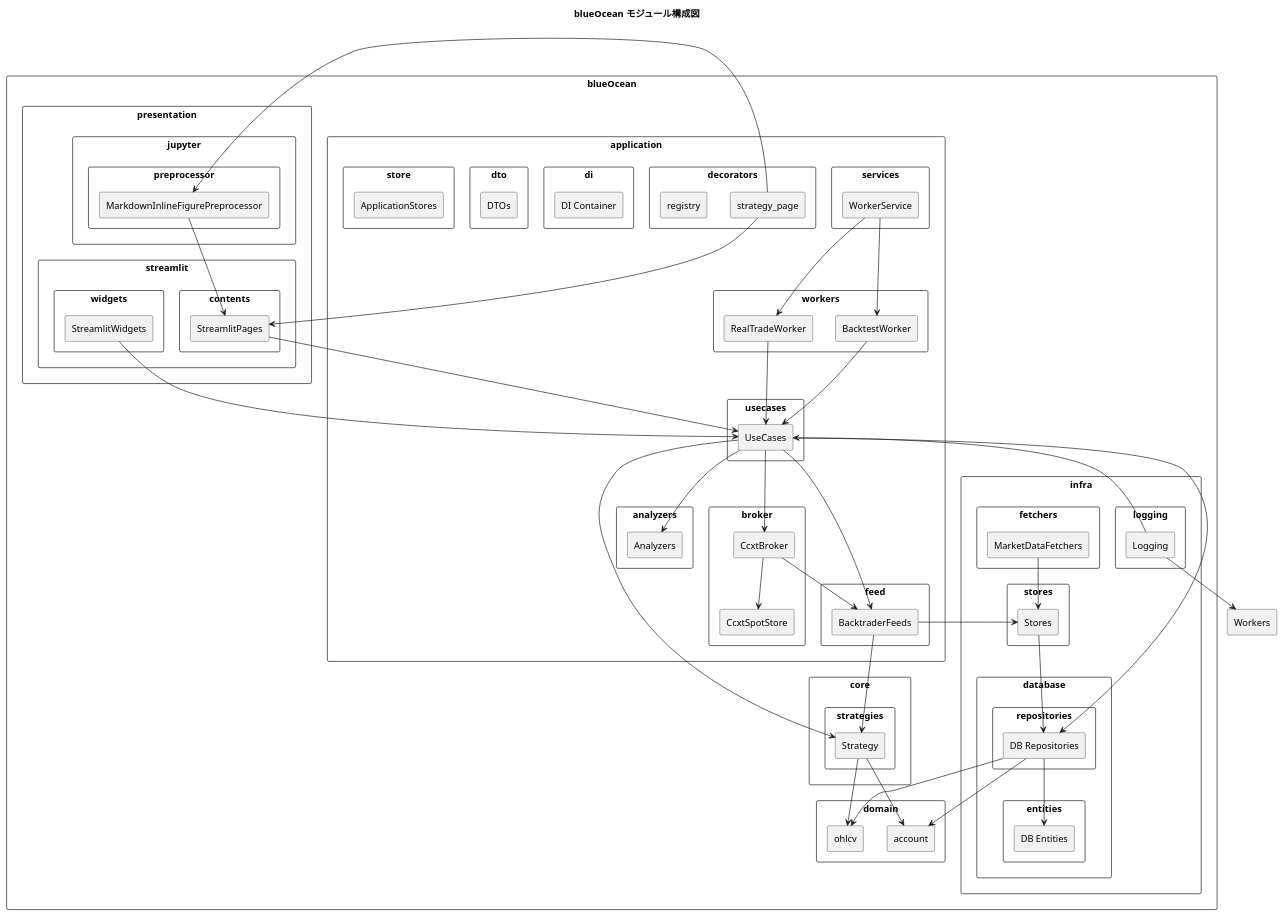
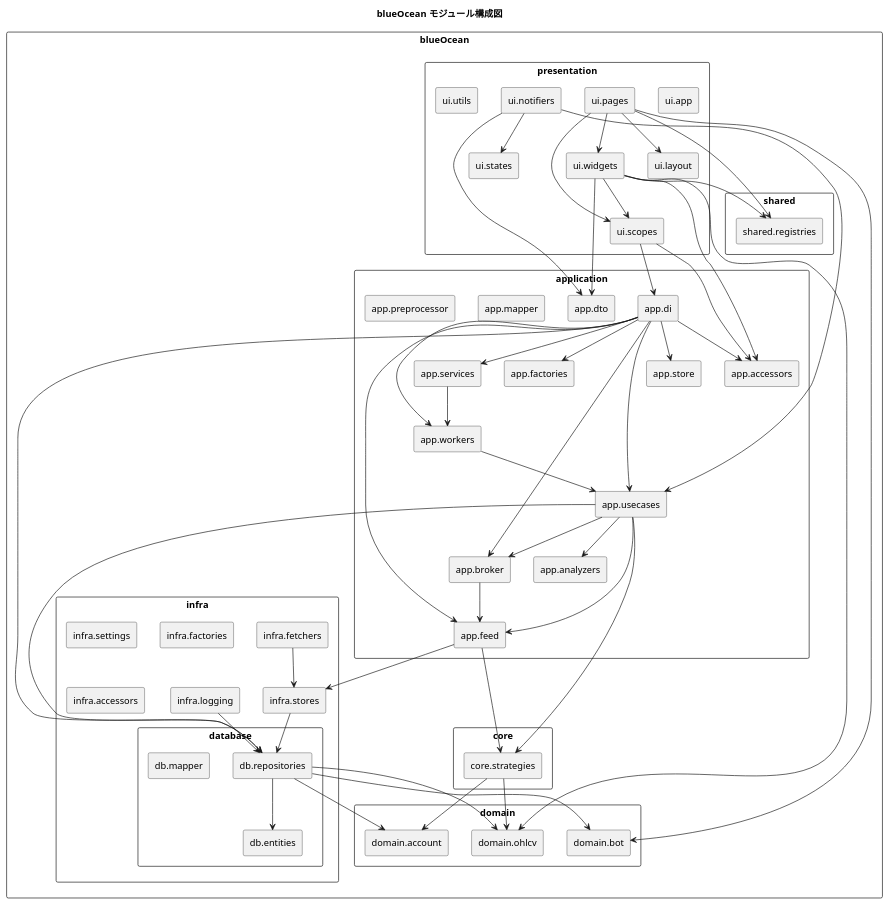
The diagram in docs/uml/modules.puml (nmskm240/blueOcean), drawn with PlantUML before and after one commit. The commit also changed 8 other files, not shown here.

```diff
--- a/docs/uml/modules.puml
+++ b/docs/uml/modules.puml
@@ -1,147 +1,124 @@
 @startuml
 title blueOcean モジュール構成図
 
 skinparam packageStyle rectangle
 skinparam componentStyle rectangle
 
 package "blueOcean" {
 
   package "domain" {
-    [account]
-    [ohlcv]
+    [domain.account]
+    [domain.ohlcv]
+    [domain.bot]
   }
 
   package "core" {
-    package "strategies" {
-      [Strategy]
-    }
+    [core.strategies]
+  }
+
+  package "shared" {
+    [shared.registries]
   }
 
   package "infra" {
     package "database" {
-      package "entities" {
-        [DB Entities]
-      }
-      package "repositories" {
-        [DB Repositories]
-      }
+      [db.entities]
+      [db.repositories]
+      [db.mapper]
     }
 
-    package "fetchers" {
-      [MarketDataFetchers]
-    }
-
-    package "logging" {
-      [Logging]
-    }
-
-    package "stores" {
-      [Stores]
-    }
+    [infra.fetchers]
+    [infra.settings]
+    [infra.logging]
+    [infra.stores]
+    [infra.factories]
+    [infra.accessors]
   }
 
   package "application" {
-    package "decorators" {
-      [strategy_page]
-      [registry]
-    }
-
-    package "services" {
-      [WorkerService]
-    }
-
-    package "analyzers" {
-      [Analyzers]
-    }
-
-    package "broker" {
-      [CcxtBroker]
-      [CcxtSpotStore]
-    }
-
-    package "di" {
-      [DI Container]
-    }
-
-    package "dto" {
-      [DTOs]
-    }
-
-    package "feed" {
-      [BacktraderFeeds]
-    }
-
-    package "store" {
-      [ApplicationStores]
-    }
-
-    package "usecases" {
-      [UseCases]
-    }
-
-    package "workers" {
-      [BacktestWorker]
-      [RealTradeWorker]
-    }
+    [app.accessors]
+    [app.analyzers]
+    [app.broker]
+    [app.di]
+    [app.dto]
+    [app.factories]
+    [app.feed]
+    [app.mapper]
+    [app.preprocessor]
+    [app.services]
+    [app.store]
+    [app.usecases]
+    [app.workers]
   }
 
   package "presentation" {
-    package "jupyter" {
-      package "preprocessor" {
-        [MarkdownInlineFigurePreprocessor]
-      }
-    }
-
-    package "streamlit" {
-      package "contents" {
-        [StreamlitPages]
-      }
-      package "widgets" {
-        [StreamlitWidgets]
-      }
-    }
+    [ui.app]
+    [ui.layout]
+    [ui.pages]
+    [ui.widgets]
+    [ui.states]
+    [ui.scopes]
+    [ui.notifiers]
+    [ui.utils]
   }
 }
 
 ' 依存関係（レイヤ間の方向） -------------------------------------------
 
-[Strategy] --> [account]
-[Strategy] --> [ohlcv]
+[core.strategies] --> [domain.account]
+[core.strategies] --> [domain.ohlcv]
 
-[DB Repositories] --> [DB Entities]
-[DB Repositories] --> [account]
-[DB Repositories] --> [ohlcv]
+[db.repositories] --> [db.entities]
+[db.repositories] --> [domain.account]
+[db.repositories] --> [domain.ohlcv]
+[db.repositories] --> [domain.bot]
 
-[MarketDataFetchers] --> [Stores]
-[Stores] --> [DB Repositories]
+[infra.fetchers] --> [infra.stores]
+[infra.stores] --> [db.repositories]
 
-[BacktraderFeeds] --> [Stores]
-[BacktraderFeeds] --> [Strategy]
+[app.feed] --> [infra.stores]
+[app.feed] --> [core.strategies]
 
-[CcxtBroker] --> [CcxtSpotStore]
-[CcxtBroker] --> [BacktraderFeeds]
+[app.broker] --> [app.feed]
 
-[UseCases] --> [Strategy]
-[UseCases] --> [DB Repositories]
-[UseCases] --> [BacktraderFeeds]
-[UseCases] --> [CcxtBroker]
-[UseCases] --> [Analyzers]
+[app.usecases] --> [core.strategies]
+[app.usecases] --> [db.repositories]
+[app.usecases] --> [app.feed]
+[app.usecases] --> [app.broker]
+[app.usecases] --> [app.analyzers]
 
-[WorkerService] --> [BacktestWorker]
-[WorkerService] --> [RealTradeWorker]
+[app.services] --> [app.workers]
+[app.workers] --> [app.usecases]
 
-[BacktestWorker] --> [UseCases]
-[RealTradeWorker] --> [UseCases]
+[app.di] --> [app.usecases]
+[app.di] --> [app.services]
+[app.di] --> [app.workers]
+[app.di] --> [app.factories]
+[app.di] --> [app.accessors]
+[app.di] --> [app.broker]
+[app.di] --> [app.feed]
+[app.di] --> [app.store]
+[app.di] --> [db.repositories]
 
-[strategy_page] --> [StreamlitPages]
-[strategy_page] --> [MarkdownInlineFigurePreprocessor]
+[ui.scopes] --> [app.di]
+[ui.scopes] --> [app.accessors]
 
-[MarkdownInlineFigurePreprocessor] --> [StreamlitPages]
+[ui.notifiers] --> [app.usecases]
+[ui.notifiers] --> [app.dto]
+[ui.notifiers] --> [ui.states]
 
-[StreamlitPages] --> [UseCases]
-[StreamlitWidgets] --> [UseCases]
+[ui.pages] --> [ui.layout]
+[ui.pages] --> [ui.widgets]
+[ui.pages] --> [ui.scopes]
+[ui.pages] --> [shared.registries]
+[ui.pages] --> [domain.bot]
 
-[Logging] --> [UseCases]
-[Logging] --> [Workers]
+[ui.widgets] --> [ui.scopes]
+[ui.widgets] --> [app.accessors]
+[ui.widgets] --> [app.dto]
+[ui.widgets] --> [shared.registries]
+[ui.widgets] --> [domain.ohlcv]
+
+[infra.logging] --> [db.repositories]
 
 @enduml
```
